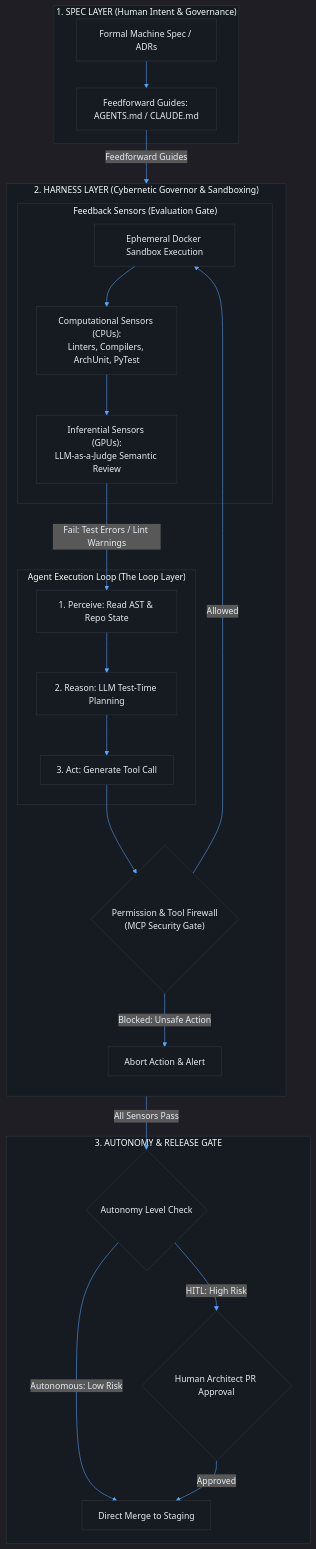
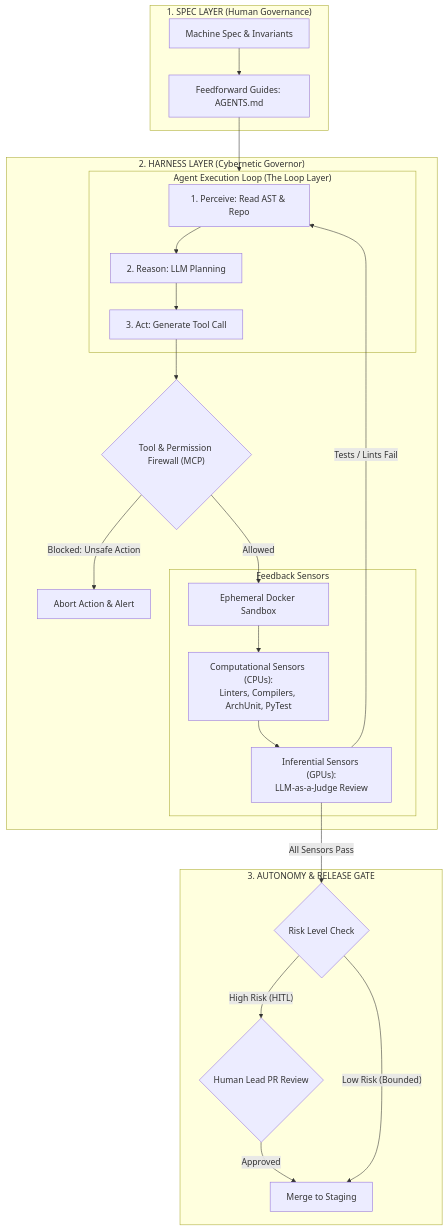
Before and after one commit to shreyash2601/bits-notes: the diagram in AI-Augmented-Software-Development/Lecture 6/Lecture_06_Notes.md, drawn with Mermaid. The commit also changed other lines of this file and 31 other files, not shown here.

````diff
--- a/AI-Augmented-Software-Development/Lecture 6/Lecture_06_Notes.md
+++ b/AI-Augmented-Software-Development/Lecture 6/Lecture_06_Notes.md
@@ -152,38 +107,33 @@
 ```mermaid
-%%{init: {'theme': 'dark', 'themeVariables': { 'darkMode': true, 'background': '#0d1117', 'mainBkg': '#161b22', 'textColor': '#e6edf3', 'lineColor': '#58a6ff', 'errorBkgColor': '#8b0000', 'nodeBorder': '#30363d', 'clusterBkg': '#161b22', 'clusterBorder': '#30363d'}}}%%
 flowchart TD
-    subgraph Spec_Layer["1. SPEC LAYER (Human Intent & Governance)"]
-        Spec["Formal Machine Spec / ADRs"]
-        Conv["Feedforward Guides: AGENTS.md / CLAUDE.md"]
-        Spec --> Conv
+    subgraph SpecLayer["1. SPEC LAYER (Human Governance)"]
+        Spec["Machine Spec & Invariants"] --> Conv["Feedforward Guides: AGENTS.md"]
     end
 
-    subgraph Harness_Layer["2. HARNESS LAYER (Cybernetic Governor & Sandboxing)"]
-        direction TB
-        Conv -->|"Feedforward Guides"| AgentLoop
+    subgraph HarnessLayer["2. HARNESS LAYER (Cybernetic Governor)"]
+        Conv --> AgentLoop
         
         subgraph AgentLoop["Agent Execution Loop (The Loop Layer)"]
-            Perceive["1. Perceive: Read AST & Repo State"] --> Reason["2. Reason: LLM Test-Time Planning"]
+            Perceive["1. Perceive: Read AST & Repo"] --> Reason["2. Reason: LLM Planning"]
             Reason --> Act["3. Act: Generate Tool Call"]
         end
 
-        Act --> ToolFirewall{"Permission & Tool Firewall<br/>(MCP Security Gate)"}
+        Act --> Firewall{"Tool & Permission Firewall (MCP)"}
+        Firewall -->|"Blocked: Unsafe Action"| Terminate["Abort Action & Alert"]
+        Firewall -->|"Allowed"| Sandbox["Ephemeral Docker Sandbox"]
         
-        ToolFirewall -->|"Blocked: Unsafe Action"| Reject["Abort Action & Alert"]
-        ToolFirewall -->|"Allowed"| Sandbox["Ephemeral Docker Sandbox Execution"]
-        
-        subgraph Sensors_Feedback["Feedback Sensors (Evaluation Gate)"]
+        subgraph Sensors["Feedback Sensors"]
             Sandbox --> CompSensors["Computational Sensors (CPUs):<br/>Linters, Compilers, ArchUnit, PyTest"]
-            CompSensors --> InferSensors["Inferential Sensors (GPUs):<br/>LLM-as-a-Judge Semantic Review"]
+            CompSensors --> InferSensors["Inferential Sensors (GPUs):<br/>LLM-as-a-Judge Review"]
         end
         
-        InferSensors -->|"Fail: Test Errors / Lint Warnings"| Perceive
+        InferSensors -->|"Tests / Lints Fail"| Perceive
     end
 
-    subgraph Autonomy_Gate["3. AUTONOMY & RELEASE GATE"]
-        InferSensors -->|"All Sensors Pass"| GateCheck{"Autonomy Level Check"}
-        GateCheck -->|"HITL: High Risk"| HumanReview{"Human Architect PR Approval"}
-        GateCheck -->|"Autonomous: Low Risk"| AutoMerge["Direct Merge to Staging"]
-        HumanReview -->|"Approved"| AutoMerge
+    subgraph AutonomyGate["3. AUTONOMY & RELEASE GATE"]
+        InferSensors -->|"All Sensors Pass"| GateCheck{"Risk Level Check"}
+        GateCheck -->|"High Risk (HITL)"| HumanSignOff{"Human Lead PR Review"}
+        GateCheck -->|"Low Risk (Bounded)"| AutoMerge["Merge to Staging"]
+        HumanSignOff -->|"Approved"| AutoMerge
     end
 ```
````
